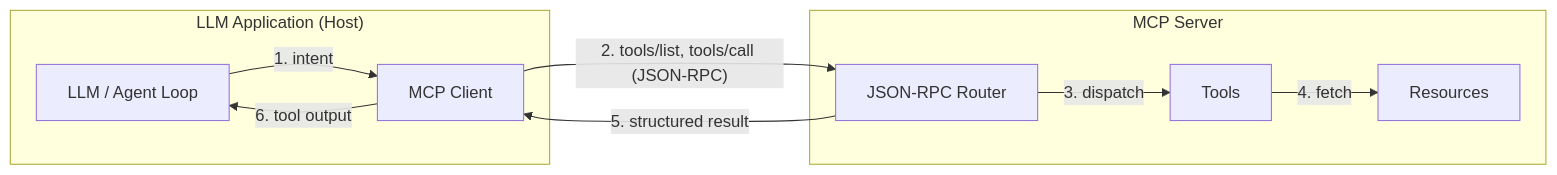
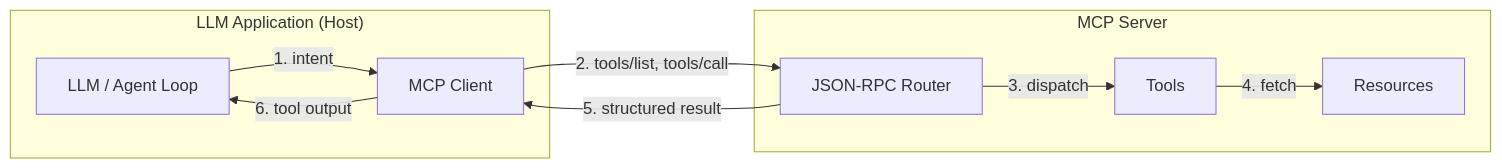
One commit to rafique1990/rafique1990.github.io changed the diagram in _posts/2026-09-21-mcp-protocol-best-practices.md. Above: the diagram before and after it, drawn with Mermaid. The commit also changed other lines of this file and 1 other file, not shown here.

````diff
--- a/_posts/2026-09-21-mcp-protocol-best-practices.md
+++ b/_posts/2026-09-21-mcp-protocol-best-practices.md
@@ -36,18 +36,18 @@
 ```mermaid
 flowchart LR
     subgraph Host["LLM Application (Host)"]
         LLM["LLM / Agent Loop"]
         Client["MCP Client"]
     end
     subgraph Server["MCP Server"]
         Router["JSON-RPC Router"]
         Tools["Tools"]
         Res["Resources"]
     end
     LLM -->|"1. intent"| Client
-    Client -->|"2. tools/list, tools/call (JSON-RPC)"| Router
+    Client -->|"2. tools/list, tools/call"| Router
     Router -->|"3. dispatch"| Tools
     Tools -->|"4. fetch"| Res
     Router -->|"5. structured result"| Client
     Client -->|"6. tool output"| LLM
 ```
````
